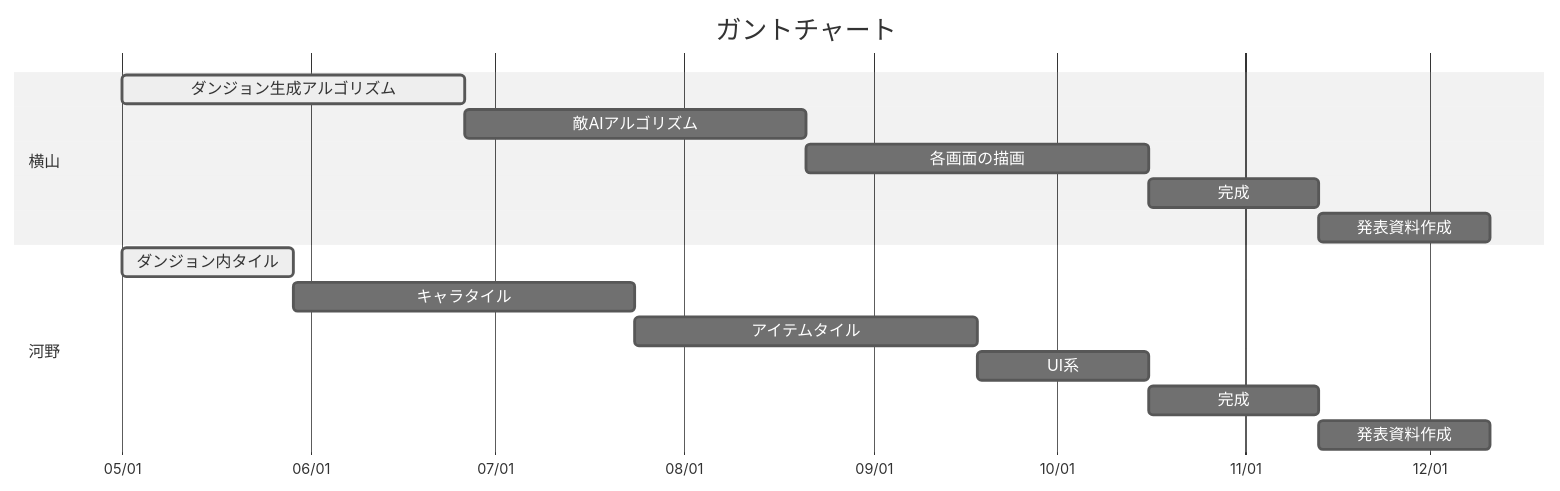
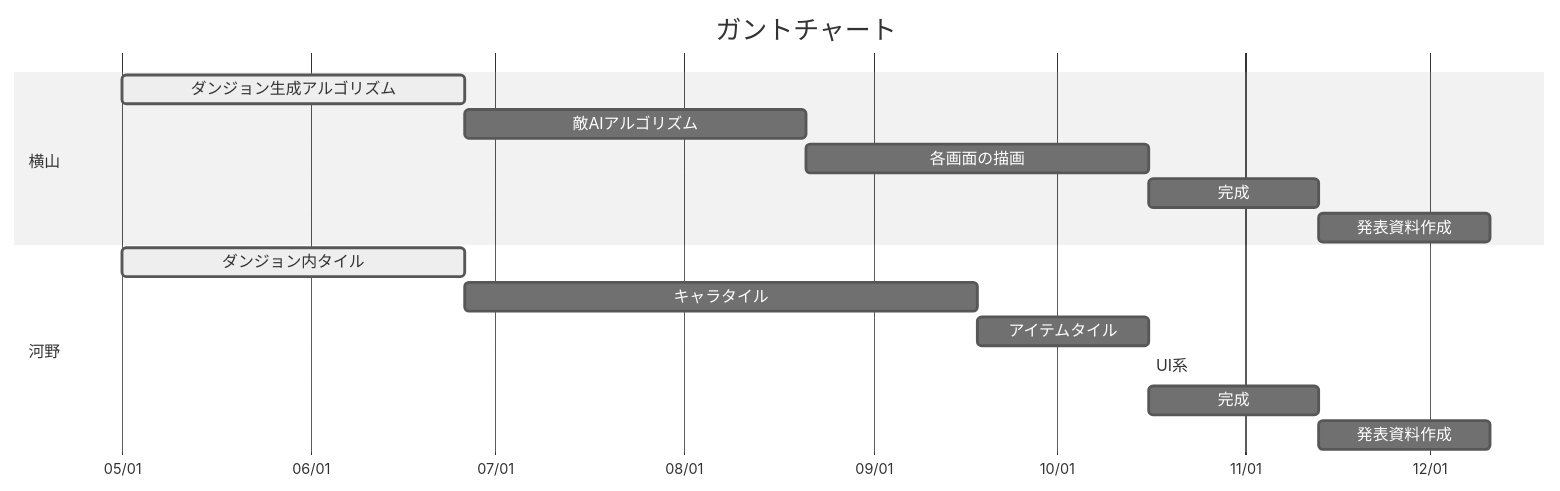
The diagram in README.md (unchunks/Rogue), drawn with Mermaid (neutral theme) before and after one commit.

````diff
--- a/README.md
+++ b/README.md
@@ -13,21 +13,21 @@
 ```mermaid
 gantt
 title ガントチャート
 dateFormat MM/DD
 axisFormat %m/%d
 
 section 横山
 ダンジョン生成アルゴリズム: active, y1, 05/01, 8w
 敵AIアルゴリズム: y2, after y1, 8w
 各画面の描画: y3, after y2, 8w
 完成: y4, after y3, 4w
 発表資料作成: after y4, 4w
 
 section 河野
-ダンジョン内タイル: active, k1, 05/01, 4w
-キャラタイル: k2, after k1, 8w
-アイテムタイル: k3, after k2, 8w
-UI系: k4, after k3, 4w
+ダンジョン内タイル: active, k1, 05/01, 8w
+キャラタイル: k2, after k1, 12w
+アイテムタイル: k3, after k2, 4w
+UI系: k4, after k3, 0w
 完成: k5, after k4, 4w
 発表資料作成: after k5, 4w
 ```
````
